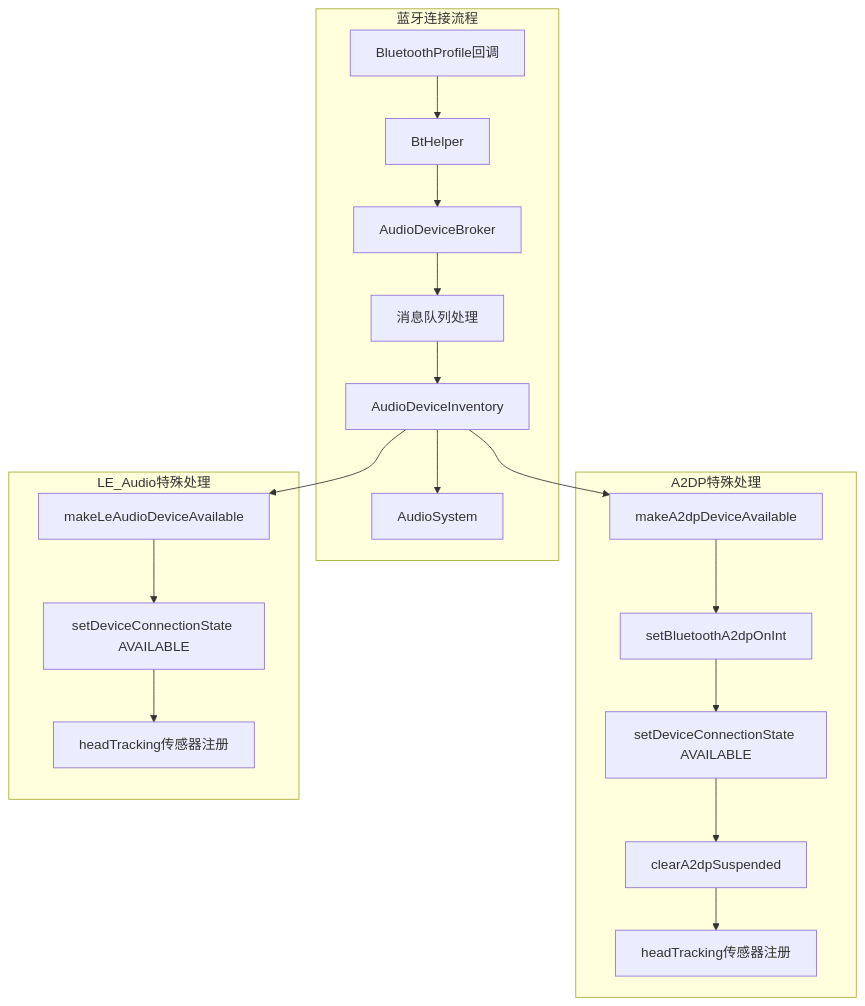
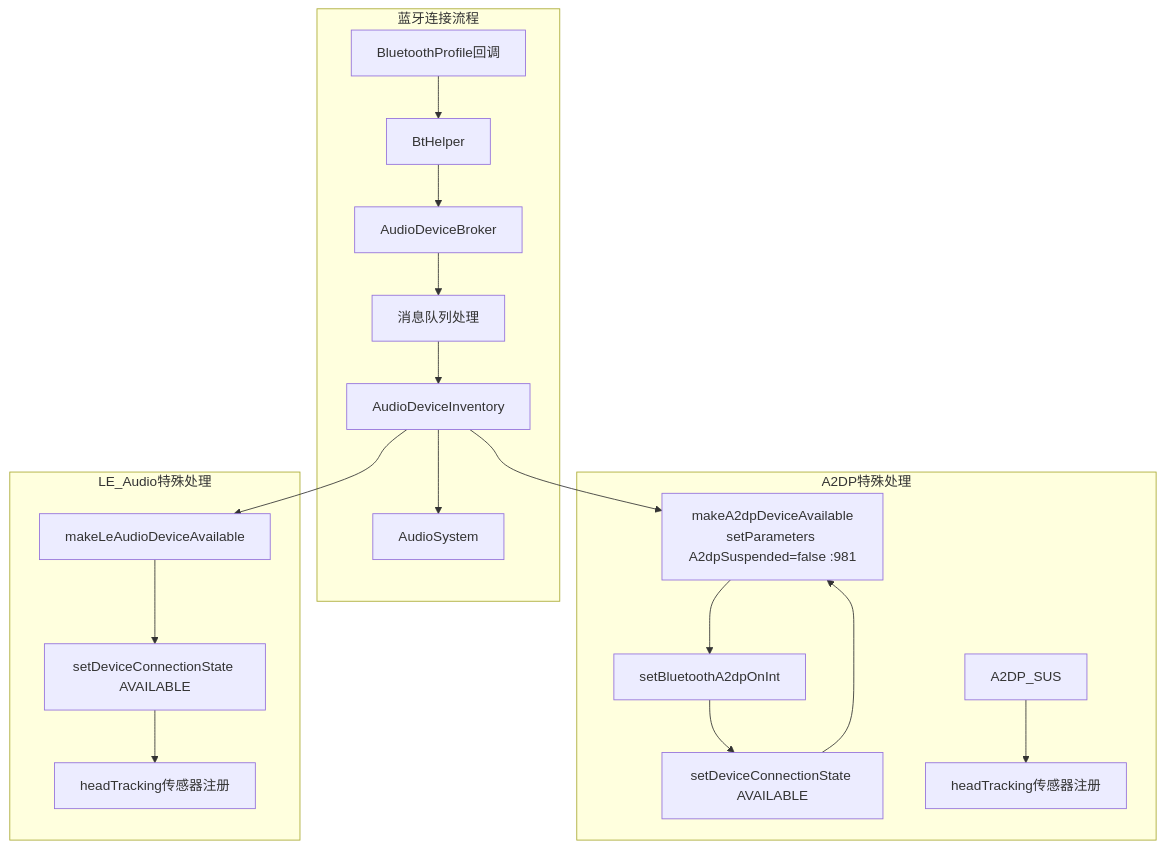
The fourth of 8 diagrams in 13_Volume_Device_Deep_Dive/13_13.2_Device状态机.md (yanglinzhen1022/SA8295_AAOS_QNX_Audio_KnowledgeBase), drawn with Mermaid before and after one commit. The commit also changed other lines of this file and 58 other files, not shown here.

````diff
--- a/13_Volume_Device_Deep_Dive/13_13.2_Device状态机.md
+++ b/13_Volume_Device_Deep_Dive/13_13.2_Device状态机.md
@@ -280,24 +273,24 @@
 ```mermaid
 flowchart TB
     subgraph 蓝牙连接流程
         BT_CB[BluetoothProfile回调] --> BTH[BtHelper]
         BTH --> BROKER[AudioDeviceBroker]
         BROKER --> QUEUE[消息队列处理]
         QUEUE --> INV[AudioDeviceInventory]
         INV --> ASYS[AudioSystem]
     end
     
     subgraph A2DP特殊处理
         INV --> A2DP_AVAIL[makeA2dpDeviceAvailable]
         A2DP_AVAIL --> A2DP_ON[setBluetoothA2dpOnInt]
         A2DP_ON --> A2DP_CONNECT[setDeviceConnectionState AVAILABLE]
-        A2DP_CONNECT --> A2DP_SUS[clearA2dpSuspended]
+        A2DP_CONNECT --> A2DP_AVAIL[makeA2dpDeviceAvailable<br>setParameters A2dpSuspended=false :981]
         A2DP_SUS --> A2DP_SENSOR[headTracking传感器注册]
     end
     
     subgraph LE_Audio特殊处理
         INV --> LE_MAKE[makeLeAudioDeviceAvailable]
         LE_MAKE --> LE_CONNECT[setDeviceConnectionState AVAILABLE]
         LE_CONNECT --> LE_SENSOR[headTracking传感器注册]
     end
 ```
````
